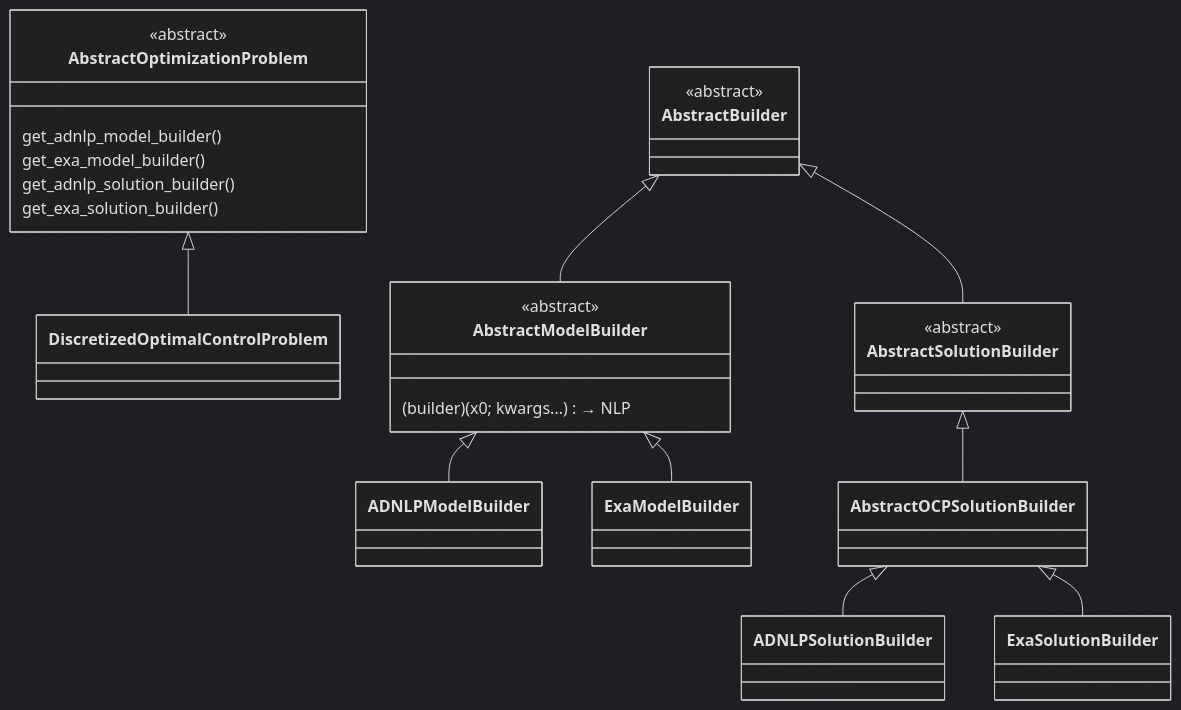
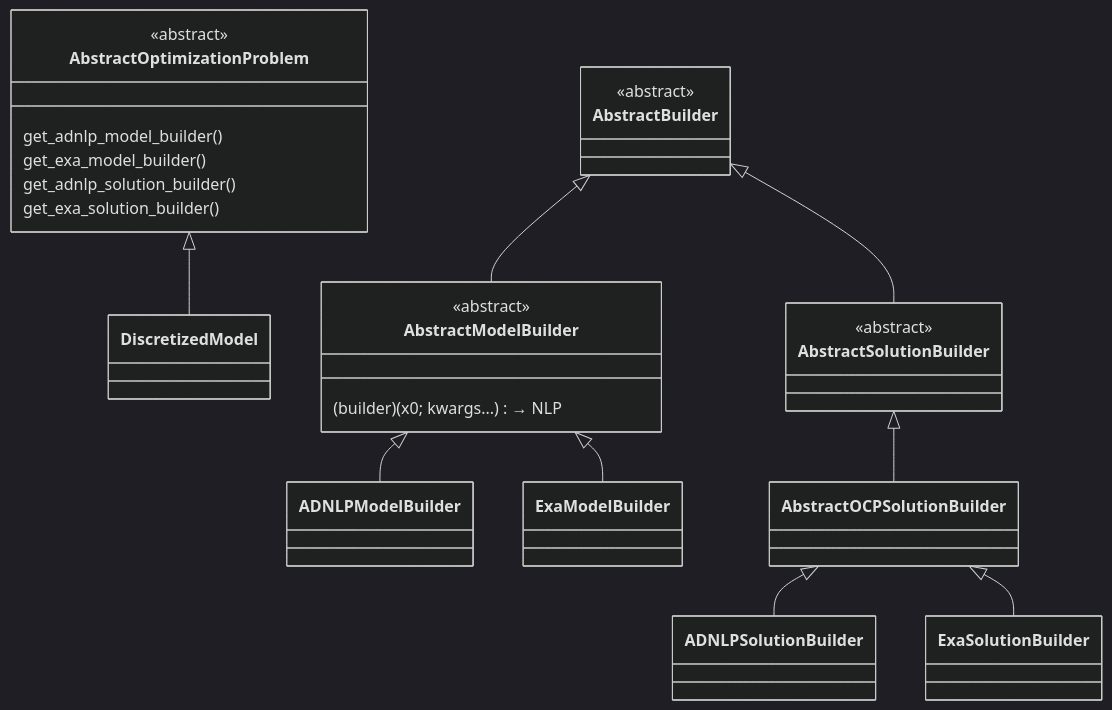
The second of 6 diagrams in docs/src/architecture.md (control-toolbox/CTSolvers.jl), drawn with Mermaid (dark theme) before and after one commit. The commit also changed other lines of this file and 9 other files, not shown here.

````diff
--- a/docs/src/architecture.md
+++ b/docs/src/architecture.md
@@ -91,32 +91,32 @@
 ```mermaid
 classDiagram
     direction TB
     class AbstractOptimizationProblem {
         <<abstract>>
         get_adnlp_model_builder()
         get_exa_model_builder()
         get_adnlp_solution_builder()
         get_exa_solution_builder()
     }
-    AbstractOptimizationProblem <|-- DiscretizedOptimalControlProblem
+    AbstractOptimizationProblem <|-- DiscretizedModel
 
     class AbstractBuilder {
         <<abstract>>
     }
     AbstractBuilder <|-- AbstractModelBuilder
     AbstractBuilder <|-- AbstractSolutionBuilder
 
     class AbstractModelBuilder {
         <<abstract>>
         (builder)(x0; kwargs...) → NLP
     }
     AbstractModelBuilder <|-- ADNLPModelBuilder
     AbstractModelBuilder <|-- ExaModelBuilder
 
     class AbstractSolutionBuilder {
         <<abstract>>
     }
     AbstractSolutionBuilder <|-- AbstractOCPSolutionBuilder
     AbstractOCPSolutionBuilder <|-- ADNLPSolutionBuilder
     AbstractOCPSolutionBuilder <|-- ExaSolutionBuilder
 ```
````
